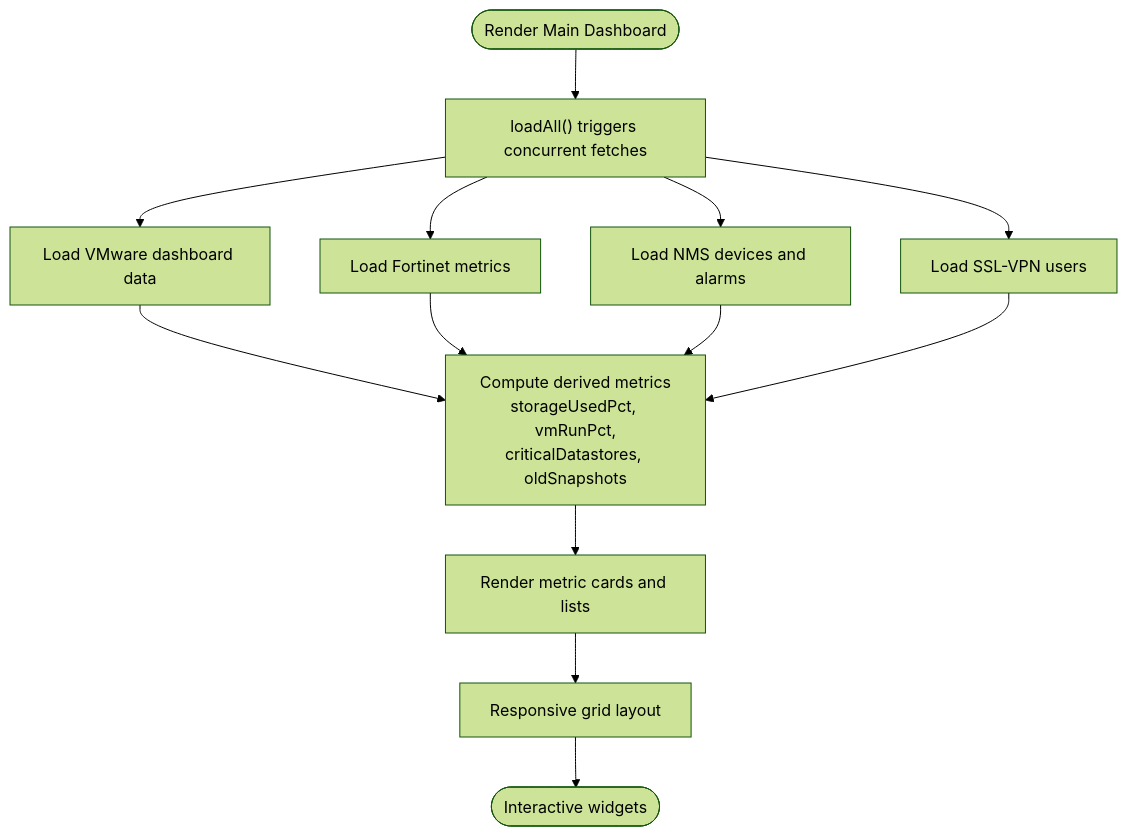
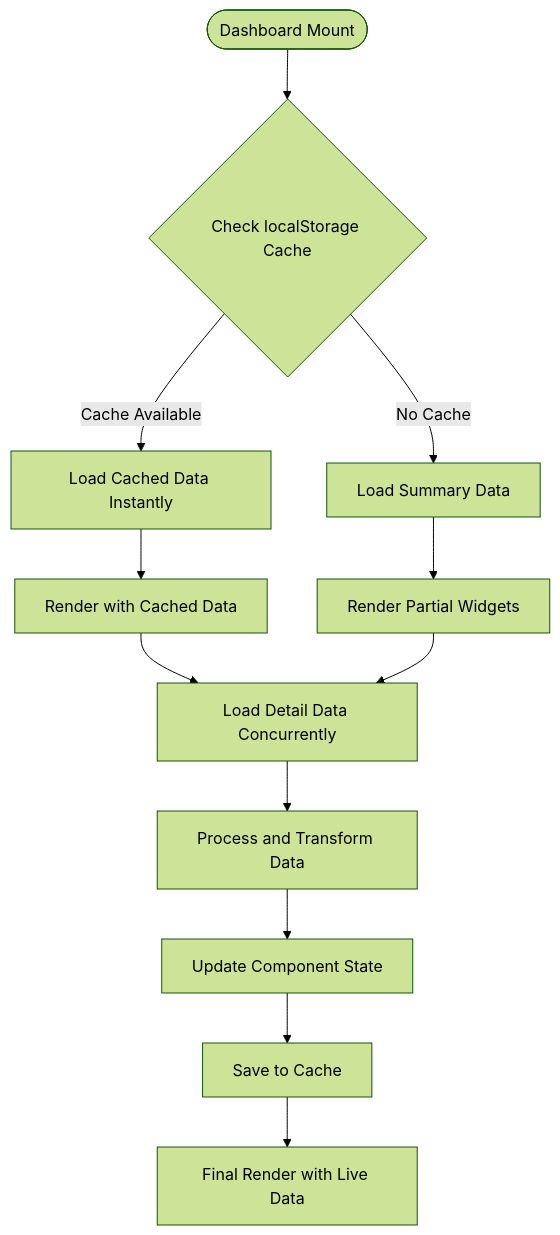
Before and after one commit to celebigilfatih/infrascope: the third of 10 diagrams in .qoder/repowiki/en/content/Analytics & Reporting/Dashboard Components.md, drawn with Mermaid (forest theme). The commit also changed other lines of this file and 6 other files, not shown here.

````diff
--- a/.qoder/repowiki/en/content/Analytics & Reporting/Dashboard Components.md
+++ b/.qoder/repowiki/en/content/Analytics & Reporting/Dashboard Components.md
@@ -165,15 +190,14 @@
 ```mermaid
 flowchart TD
-Start(["Render Main Dashboard"]) --> LoadAll["loadAll() triggers concurrent fetches"]
-LoadAll --> Vmware["Load VMware dashboard data"]
-LoadAll --> Firewall["Load Fortinet metrics"]
-LoadAll --> NMS["Load NMS devices and alarms"]
-LoadAll --> SSLUsers["Load SSL-VPN users"]
-Vmware --> Compute["Compute derived metrics<br/>storageUsedPct, vmRunPct,<br/>criticalDatastores, oldSnapshots"]
-Firewall --> Compute
-NMS --> Compute
-SSLUsers --> Compute
-Compute --> RenderGrid["Render metric cards and lists"]
-RenderGrid --> Responsive["Responsive grid layout"]
-Responsive --> End(["Interactive widgets"])
+Start(["Dashboard Mount"]) --> CacheCheck{"Check localStorage Cache"}
+CacheCheck --> |Cache Available| LoadCache["Load Cached Data Instantly"]
+CacheCheck --> |No Cache| LoadSummary["Load Summary Data"]
+LoadCache --> RenderInstant["Render with Cached Data"]
+LoadSummary --> RenderPartial["Render Partial Widgets"]
+RenderInstant --> LoadDetail["Load Detail Data Concurrently"]
+RenderPartial --> LoadDetail
+LoadDetail --> ProcessData["Process and Transform Data"]
+ProcessData --> UpdateState["Update Component State"]
+UpdateState --> SaveCache["Save to Cache"]
+SaveCache --> FinalRender["Final Render with Live Data"]
 ```
````
